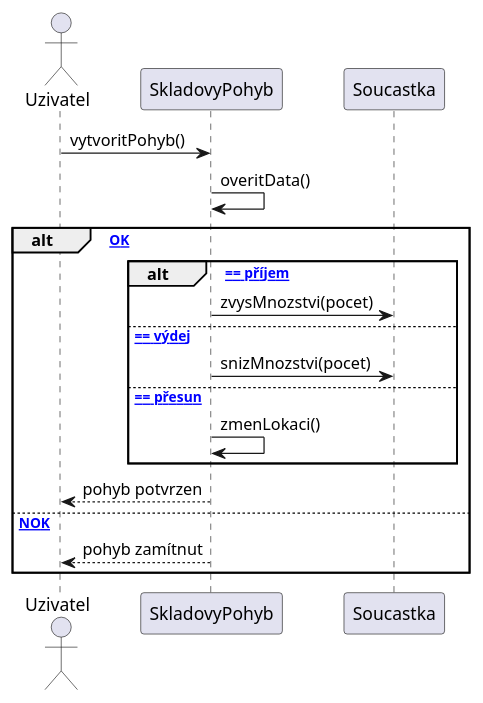
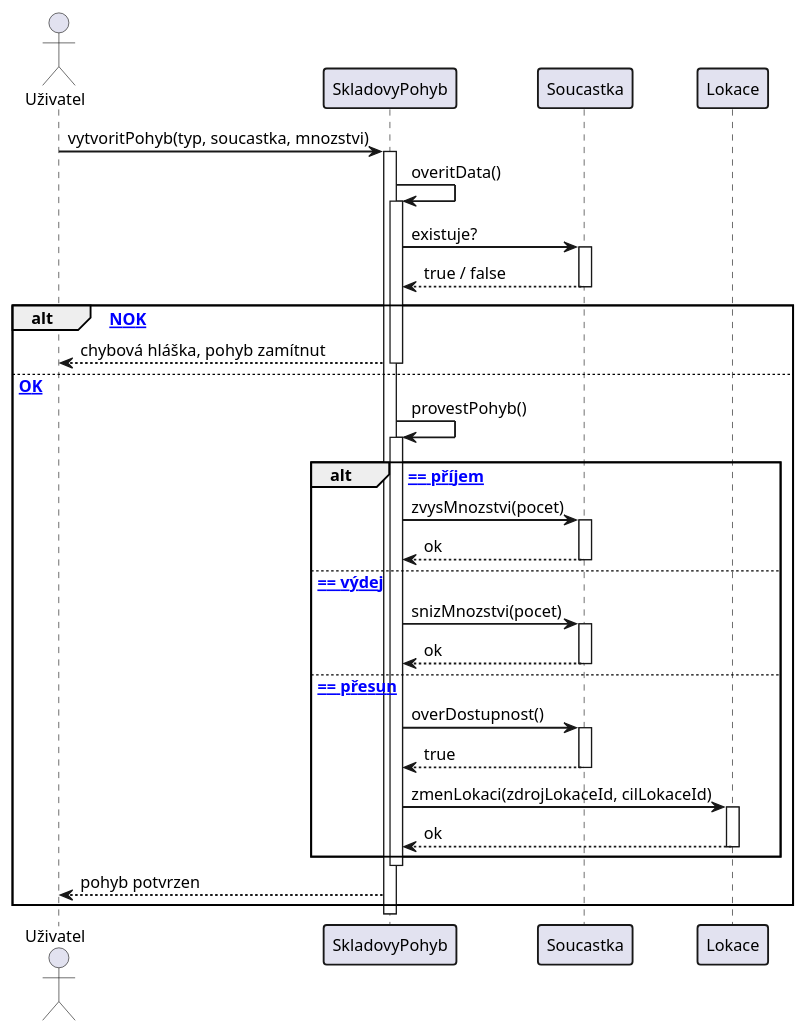
One commit to lkvapil/wms-elektronicke-soucastky changed the diagram in diagrams/13_sequence_pohyb.puml. Above: the diagram before and after it, drawn with PlantUML. The commit also changed 2 other files, not shown here.

Commit message:
docs: rozšíření sekvenčního diagramu vytvoření pohybu
- Přidány lifebary a správné návratové šipky
- Přidán participant Lokace pro případ přesunu
- Rozděleno na vytvoritPohyb(), overitData() a provestPohyb()
- Přidán alternativní tok při nevalidních datech

```diff
--- a/diagrams/13_sequence_pohyb.puml
+++ b/diagrams/13_sequence_pohyb.puml
@@ -1,23 +1,58 @@
 @startuml
+skinparam defaultFontSize 13
+skinparam sequenceArrowThickness 1.5
+skinparam sequenceParticipantBorderThickness 1.5
 
-actor Uzivatel
-participant SkladovyPohyb
-participant Soucastka
+actor "Uživatel" as Uzivatel
+participant "SkladovyPohyb" as Pohyb
+participant "Soucastka" as Soucastka
+participant "Lokace" as Lokace
 
-Uzivatel -> SkladovyPohyb : vytvoritPohyb()
-SkladovyPohyb -> SkladovyPohyb : overitData()
+Uzivatel -> Pohyb : vytvoritPohyb(typ, soucastka, mnozstvi)
+activate Pohyb
 
-alt [data OK]
+Pohyb -> Pohyb : overitData()
+activate Pohyb
+
+Pohyb -> Soucastka : existuje?
+activate Soucastka
+Soucastka --> Pohyb : true / false
+deactivate Soucastka
+
+alt [data NOK]
+    Pohyb --> Uzivatel : chybová hláška, pohyb zamítnut
+else [data OK]
+    deactivate Pohyb
+
+    Pohyb -> Pohyb : provestPohyb()
+    activate Pohyb
+
     alt [typ == příjem]
-        SkladovyPohyb -> Soucastka : zvysMnozstvi(pocet)
+        Pohyb -> Soucastka : zvysMnozstvi(pocet)
+        activate Soucastka
+        Soucastka --> Pohyb : ok
+        deactivate Soucastka
+
     else [typ == výdej]
-        SkladovyPohyb -> Soucastka : snizMnozstvi(pocet)
+        Pohyb -> Soucastka : snizMnozstvi(pocet)
+        activate Soucastka
+        Soucastka --> Pohyb : ok
+        deactivate Soucastka
+
     else [typ == přesun]
-        SkladovyPohyb -> SkladovyPohyb : zmenLokaci()
+        Pohyb -> Soucastka : overDostupnost()
+        activate Soucastka
+        Soucastka --> Pohyb : true
+        deactivate Soucastka
+        Pohyb -> Lokace : zmenLokaci(zdrojLokaceId, cilLokaceId)
+        activate Lokace
+        Lokace --> Pohyb : ok
+        deactivate Lokace
     end
-    SkladovyPohyb --> Uzivatel : pohyb potvrzen
-else [data NOK]
-    SkladovyPohyb --> Uzivatel : pohyb zamítnut
+
+    deactivate Pohyb
+    Pohyb --> Uzivatel : pohyb potvrzen
 end
 
+deactivate Pohyb
 @enduml
```
